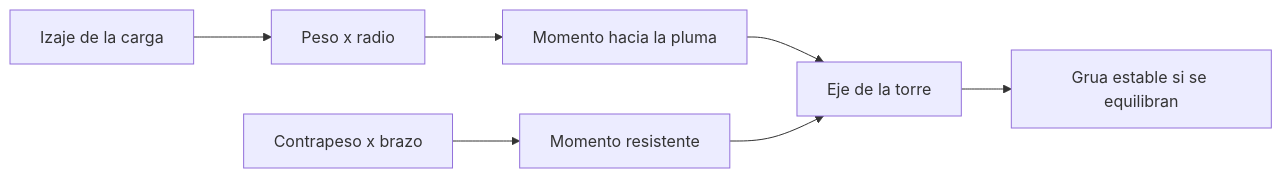
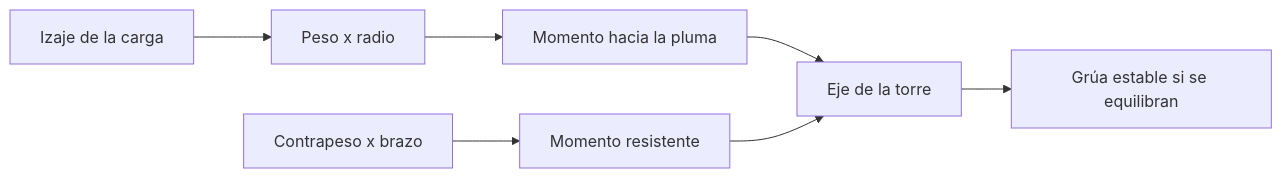
One commit to vladimiracunadev-create/machine-operator-program changed the diagram in vehiculos/grua-torre/recursos/recursos-grua-torre.md. Above: the diagram before and after it, drawn with Mermaid. The commit also changed other lines of this file and 442 other files, not shown here.

````diff
--- a/vehiculos/grua-torre/recursos/recursos-grua-torre.md
+++ b/vehiculos/grua-torre/recursos/recursos-grua-torre.md
@@ -28,9 +28,9 @@
 ```mermaid
 flowchart LR
     Izaje[Izaje de la carga] --> Momento[Peso x radio]
     Momento --> Pluma[Momento hacia la pluma]
     Contrapeso[Contrapeso x brazo] --> Resistente[Momento resistente]
     Pluma --> Eje[Eje de la torre]
     Resistente --> Eje
-    Eje --> Estable[Grua estable si se equilibran]
+    Eje --> Estable[Grúa estable si se equilibran]
 ```
````
